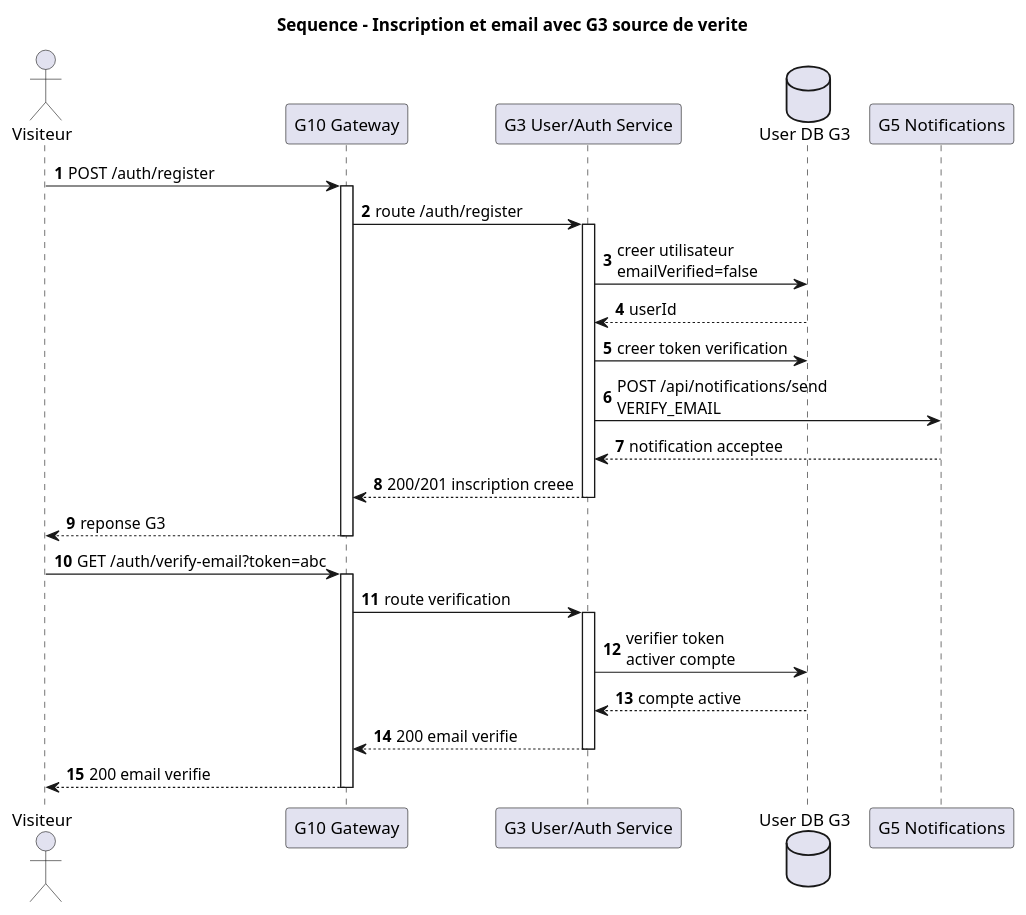
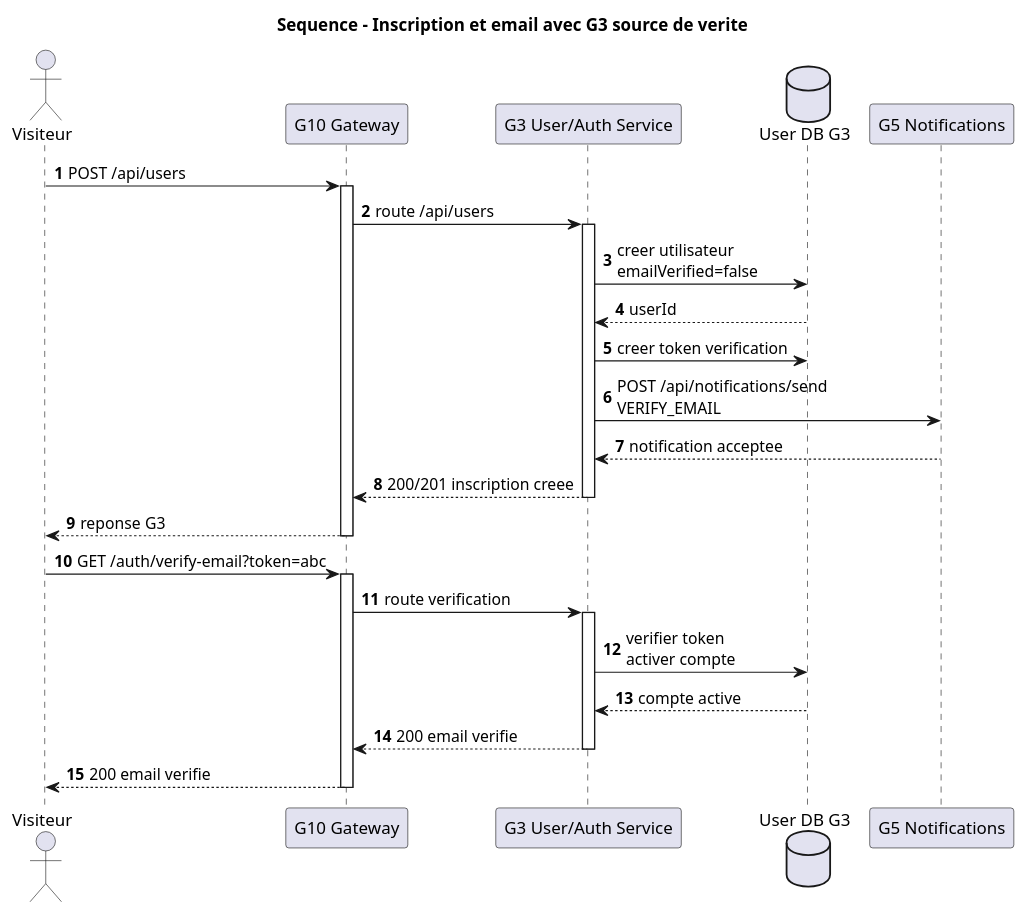
Before and after one commit to AmineElBiyadi/SGITU-Microservices: the diagram in api-gateway/docs/diagrams/g10_05_sequence_inscription_email.puml, drawn with PlantUML. The commit also changed 20 other files, not shown here.

```diff
--- a/api-gateway/docs/diagrams/g10_05_sequence_inscription_email.puml
+++ b/api-gateway/docs/diagrams/g10_05_sequence_inscription_email.puml
@@ -1,36 +1,36 @@
 @startuml
 title Sequence - Inscription et email avec G3 source de verite
 
 autonumber
 actor "Visiteur" as Visitor
 participant "G10 Gateway" as G10
 participant "G3 User/Auth Service" as G3
 database "User DB G3" as Db
 participant "G5 Notifications" as G5
 
-Visitor -> G10 : POST /auth/register
+Visitor -> G10 : POST /api/users
 activate G10
-G10 -> G3 : route /auth/register
+G10 -> G3 : route /api/users
 activate G3
 G3 -> Db : creer utilisateur\nemailVerified=false
 Db --> G3 : userId
 G3 -> Db : creer token verification
 G3 -> G5 : POST /api/notifications/send\nVERIFY_EMAIL
 G5 --> G3 : notification acceptee
 G3 --> G10 : 200/201 inscription creee
 deactivate G3
 G10 --> Visitor : reponse G3
 deactivate G10
 
 Visitor -> G10 : GET /auth/verify-email?token=abc
 activate G10
 G10 -> G3 : route verification
 activate G3
 G3 -> Db : verifier token\nactiver compte
 Db --> G3 : compte active
 G3 --> G10 : 200 email verifie
 deactivate G3
 G10 --> Visitor : 200 email verifie
 deactivate G10
 
 @enduml
```
